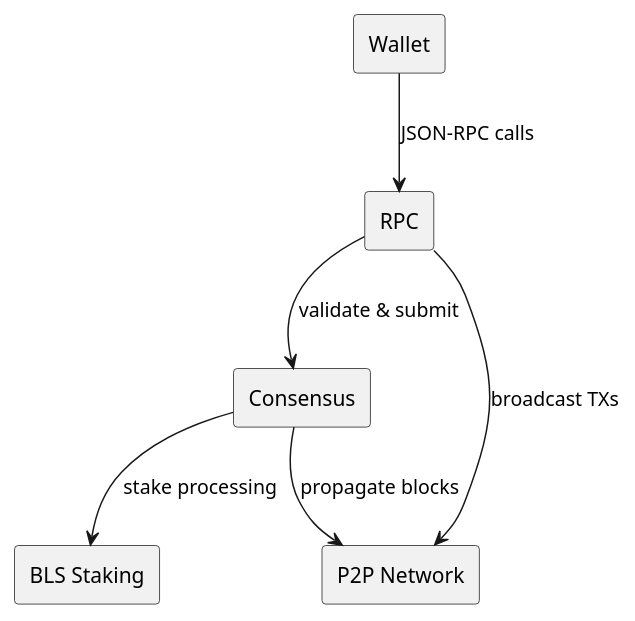
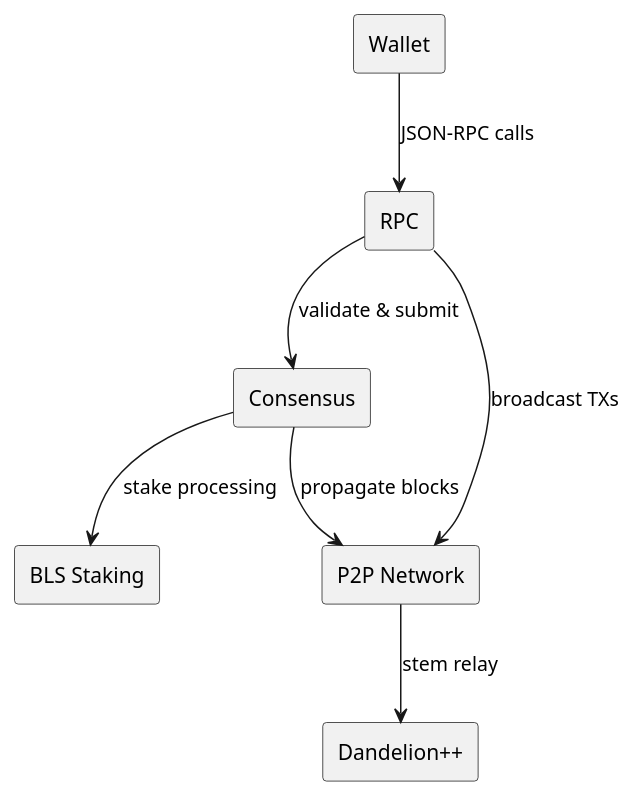
One commit to MrMiner-org/TheMinerzCoin changed the diagram in docs/architecture.puml. Above: the diagram before and after it, drawn with PlantUML. The commit also changed 9 other files, not shown here.

Commit message:
Add Dandelion++ relay stub

```diff
--- a/docs/architecture.puml
+++ b/docs/architecture.puml
@@ -1,16 +1,18 @@
 @startuml
 skinparam componentStyle rectangle
 
 component "Wallet" as wallet
 component "RPC" as rpc
 component "Consensus" as consensus
 component "P2P Network" as p2p
 component "BLS Staking" as bls
+component "Dandelion++" as dandelion
 
 wallet --> rpc : JSON-RPC calls
 rpc --> consensus : validate & submit
 rpc --> p2p : broadcast TXs
+p2p --> dandelion : stem relay
 consensus --> p2p : propagate blocks
 consensus --> bls : stake processing
 
 @enduml
```
